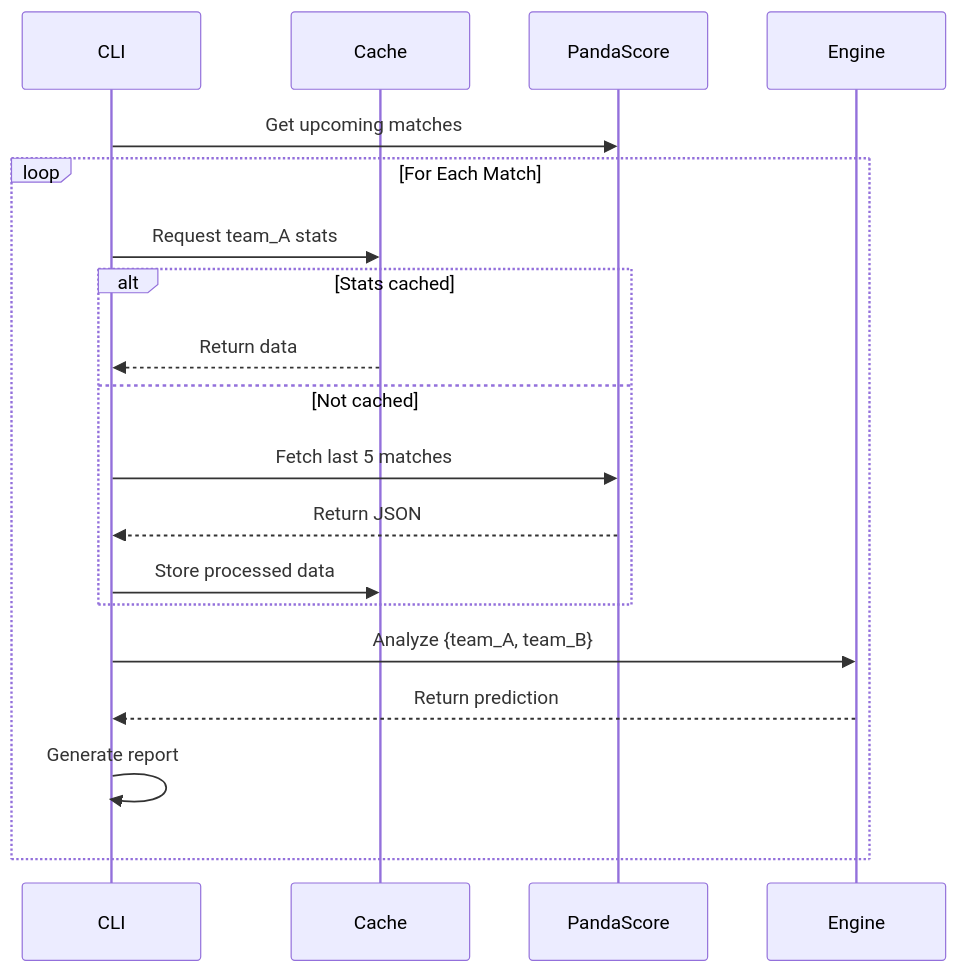
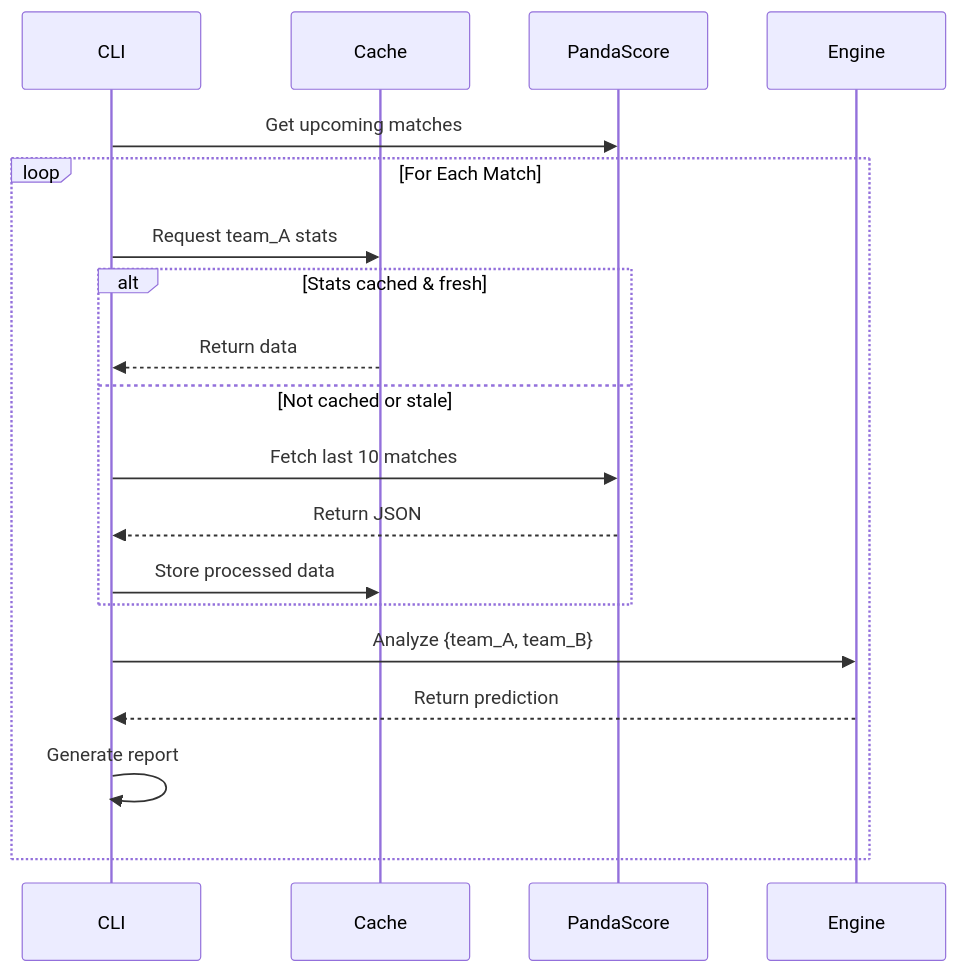
The diagram in diagrams/system_flow.mmd (LZ26/esports-analytics), drawn with Mermaid before and after one commit. The commit also changed 21 other files, not shown here.

```diff
--- a/diagrams/system_flow.mmd
+++ b/diagrams/system_flow.mmd
@@ -1,20 +1,20 @@
 sequenceDiagram
     participant CLI
     participant Cache
     participant PandaScore
     participant Engine
     
     CLI->>PandaScore: Get upcoming matches
     loop For Each Match
         CLI->>Cache: Request team_A stats
-        alt Stats cached
+        alt Stats cached & fresh
             Cache-->>CLI: Return data
-        else Not cached
-            CLI->>PandaScore: Fetch last 5 matches
+        else Not cached or stale
+            CLI->>PandaScore: Fetch last 10 matches
             PandaScore-->>CLI: Return JSON
             CLI->>Cache: Store processed data
         end
         CLI->>Engine: Analyze {team_A, team_B}
         Engine-->>CLI: Return prediction
         CLI->>CLI: Generate report
     end
```
